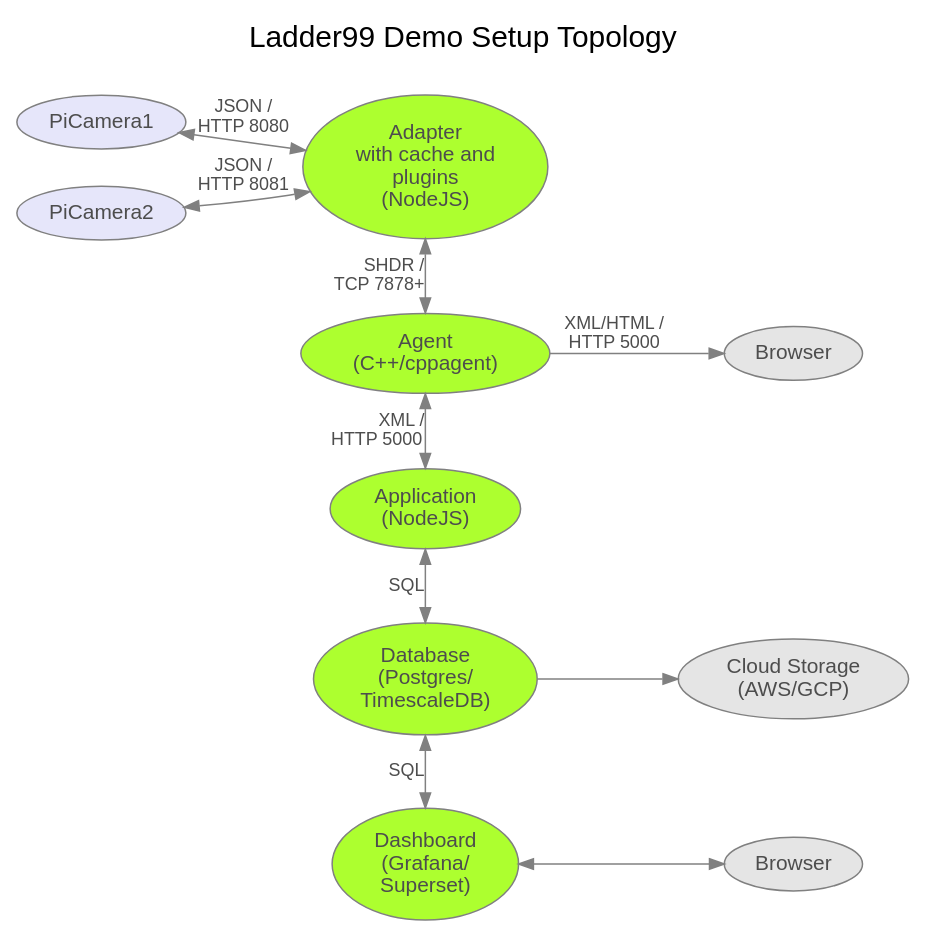
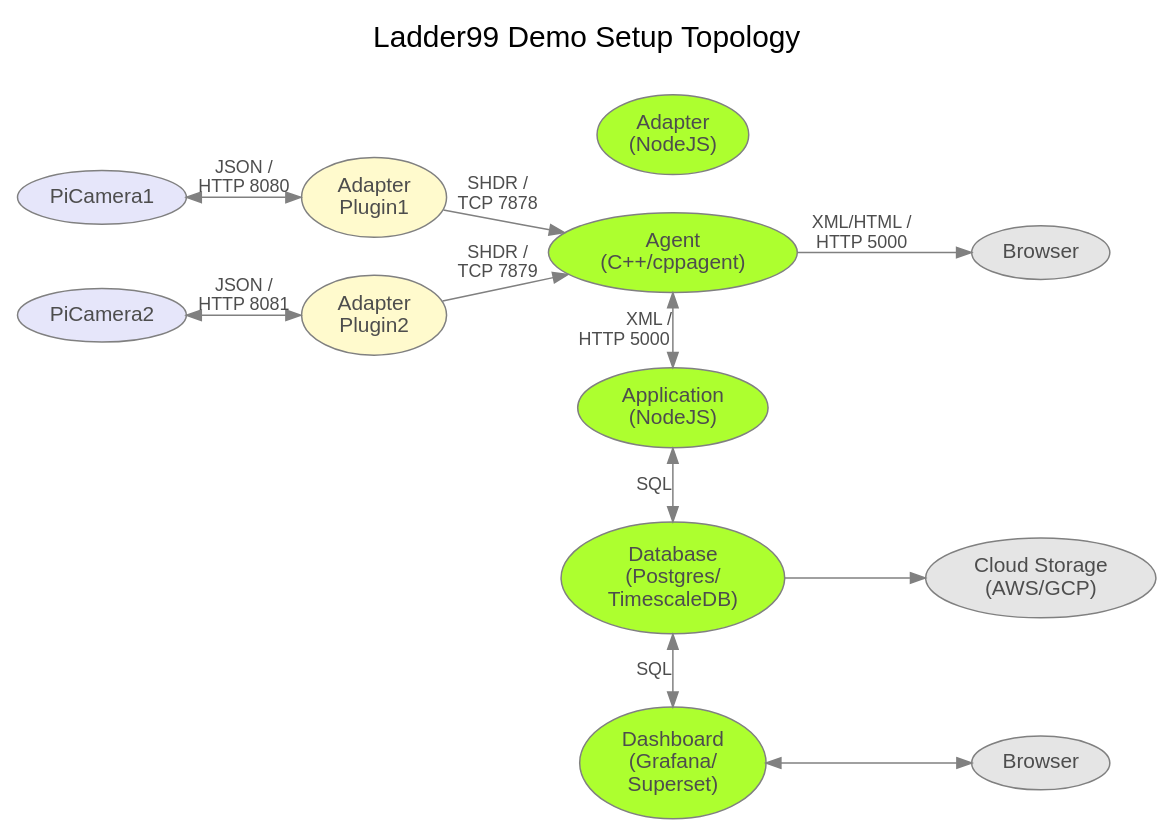
The diagram in setups/demo/topology.dot (Ladder99/ladder99), drawn with Graphviz before and after one commit. The commit also changed 4 other files, not shown here.

```diff
--- a/setups/demo/topology.dot
+++ b/setups/demo/topology.dot
@@ -1,113 +1,128 @@
 // graphviz diagram
 // colors https://www.graphviz.org/doc/info/colors.html
 
 digraph {
 
   //------------------------------------------------------------------------
   // styles
   //------------------------------------------------------------------------
 
   graph [ label="Ladder99 Demo Setup Topology\n ", color=lightgray; ];
   graph [ fontsize=20 ];
   graph [ labelloc=t ];
   graph [ ranksep=0.2 ];
   graph [ nodesep=0.35 ];
   graph [ rankdir=LR; ] // left-to-right
   graph [ fontname="sans-serif" ];
 
   node [ color=gray, fillcolor=white, style=filled ];
   node [ fontname="sans-serif", fontcolor=gray30 ];
 
   edge [ color=gray ];
   edge [ fontsize=12, fontcolor=gray30 ];
   edge [ fontname="sans-serif" ];
 
   //------------------------------------------------------------------------
   // nodes
   //------------------------------------------------------------------------
 
   // devices
   // PA [ fillcolor=lavender, label="CCS P&A" ];
   // HMI [ fillcolor=lavender, label="Rockwell HMI" ];
   // Motor [ fillcolor=lavender, label="VFD Motor" ];
   // OldMachine3 [ fillcolor=lavender, label="Device" ];
   Camera1 [ fillcolor=lavender, label="PiCamera1" ];
   Camera2 [ fillcolor=lavender, label="PiCamera2" ];
   // Autoclave [ fillcolor=lavender, label="Autoclave" ];
   // OldMachine1 [ fillcolor=lavender, label="Old Machine 1" ];
 
   // intermediaries
   // Broker1 [ fillcolor=lightblue, label="MQTT Broker\n(Mosquitto)" ];
   // Broker3 [ fillcolor=lightblue, label="MQTT Broker\n(Mosquitto)" ];
   // Broker4 [ fillcolor=lightblue, label="MQTT Broker\n(Mosquitto)" ];
   // Kepware1 [ fillcolor=lightblue, label="Kepware\n(Windows)"];
   // Kepware2 [ fillcolor=lightblue, label="Kepware+\nIoT Gateway\n(Windows)"];
   // CPC [ fillcolor=lightblue, label="ASC CPC" ];
   // PLC4X [ fillcolor=lightblue, label="PLC4X\n(Java)" ];
 
   // mtconnect
-  Adapter [ fillcolor=greenyellow, label="Adapter\nwith cache and\nplugins\n(NodeJS)" ];
+  // Adapter [ fillcolor=greenyellow, label="Adapter\nwith cache and\nplugins\n(NodeJS)" ];
+  Adapter [ fillcolor=greenyellow, label="Adapter\n(NodeJS)" ];
   Agent [ fillcolor=greenyellow, label="Agent\n(C++/cppagent)" ];
   Application [ fillcolor=greenyellow, label="Application\n(NodeJS)" ];
+
+  // adapter
+  AdapterPlugin1 [ fillcolor=lemonchiffon, label="Adapter\nPlugin1" ];
+  AdapterPlugin2 [ fillcolor=lemonchiffon, label="Adapter\nPlugin2" ];
+  // AdapterCache [ fillcolor=lavenderblush, label="Adapter\nCache" ];
 
   // diode
   // DiodeSender [ label="Diode Sender\n(Java+RabbitMQ)" ];
   // DiodeReceiver [ label="Diode Receiver\n(Java+RabbitMQ)" ];
 
   // applications
   Database [ fillcolor=greenyellow, label="Database\n(Postgres/\nTimescaleDB)" ];
   Dashboard [ fillcolor=greenyellow, label="Dashboard\n(Grafana/\nSuperset)" ];
   Cloud [ fillcolor=gray90, label="Cloud Storage\n(AWS/GCP)" ];
   Browser [ fillcolor=gray90 ];
   Browser2 [ fillcolor=gray90, label="Browser" ];
   // LOI [ fillcolor=gray90, label="LOI\n(SvelteJS)" ];
 
   // users
   // Admin [ fillcolor=lightyellow ];
   // Operator [ fillcolor=lightyellow ];
 
 
   //------------------------------------------------------------------------
   // edges
   //------------------------------------------------------------------------
 
   // PA -> Broker1 [ label="  TCP  ", dir=both ];
   // Camera -> Broker3 [ label="  TCP  ", dir=both ];
   // Autoclave -> CPC [ dir=both ];
   // Broker1 -> Adapter [ label="MQTT", dir=both ];
   // Broker3 -> Adapter [ label="MQTT", dir=both ];
   // Broker4 -> Adapter [ label="MQTT", dir=both ];
   // OldMachine1 -> PLC4X; // [ label="proprietary\nprotocol" ];
   // PLC4X -> Broker3 [ label="" ];
-  Camera1 -> Adapter [ label="JSON /\nHTTP 8080", dir=both ];
-  Camera2 -> Adapter [ label="JSON /\nHTTP 8081", dir=both ];
+  // Camera1 -> Adapter [ label="JSON /\nHTTP 8080", dir=both ];
+  // Camera2 -> Adapter [ label="JSON /\nHTTP 8081", dir=both ];
+  Camera1 -> AdapterPlugin1 [ label="JSON /\nHTTP 8080", dir=both ];
+  Camera2 -> AdapterPlugin2 [ label="JSON /\nHTTP 8081", dir=both ];
+  // AdapterPlugin1 -> Adapter;
+  // AdapterPlugin2 -> Adapter;
+  // AdapterPlugin1 -> AdapterCache;
+  // AdapterPlugin2 -> AdapterCache;
+  // AdapterCache -> Adapter;
+  AdapterPlugin1 -> Agent [ label="SHDR /\nTCP 7878" ];
+  AdapterPlugin2 -> Agent [ label="SHDR /\nTCP 7879" ];
   // HMI -> Kepware1 [ label="ethernet/ip" ];
   // Motor -> Kepware1 [ label="modbus" ];
   // Kepware1 -> Adapter [ label="OPC/UA" ];
   // Kepware2 -> Gateway;
   // CPC -> Adapter [ label="text" ];
   // Gateway -> Broker4 [ label="MQTT" ];
   // OldMachine3 -> Kepware2;
   // Kepware2 -> Broker4 [ label="MQTT" ];
-  Adapter -> Agent [ label="SHDR /   \nTCP 7878+         ", dir=both ];
+  // Adapter -> Agent [ label="SHDR /   \nTCP 7878+         ", dir=both ];
   // Adapter -> DiodeSender [ label="SHDR /   \nTCP 7878      ", dir=both, style=dotted ];
   // DiodeSender -> DiodeReceiver [ label="UDP    ", style=dotted ];
   // DiodeReceiver -> Agent [ label="SHDR /    \nTCP 7878        ", style=dotted ];
   Agent -> Application [ dir=both; label="XML / \nHTTP 5000          " ];
   Agent -> Browser [ label="XML/HTML /\nHTTP 5000" ];
   Application -> Database [ label="SQL  ", dir=both ];
   Database -> Dashboard [ label="SQL  ", dir=both ];
   Database -> Cloud;
   Dashboard -> Browser2 [ dir=both ];
   // Application -> LOI;
   // LOI -> Operator;
 
 
   //------------------------------------------------------------------------
   // ranks
   //------------------------------------------------------------------------
 
   { rank=same; Adapter Agent Application Database Dashboard };
   // { rank=same; DiodeSender DiodeReceiver Cloud Admin };
   // { rank=same; Cloud Admin };
 }
```
